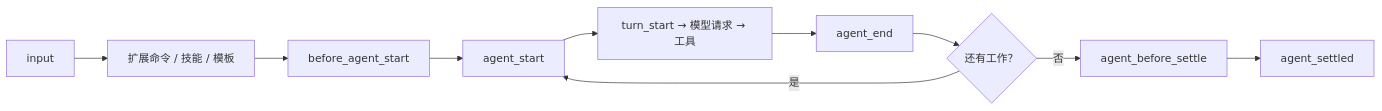
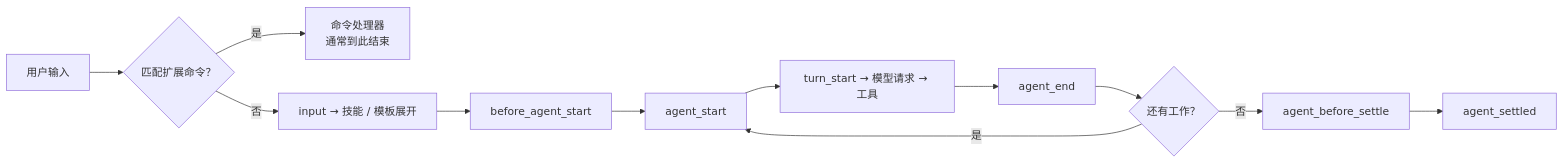
One commit to zhuguang-ZFG/ai-engineering-series changed the diagram in pi/ch14.md. Above: the diagram before and after it, drawn with Mermaid. The commit also changed other lines of this file and 38 other files, not shown here.

````diff
--- a/pi/ch14.md
+++ b/pi/ch14.md
@@ -50,12 +59,14 @@
 ```mermaid
 flowchart LR
-  I["input"] --> C["扩展命令 / 技能 / 模板"]
-  C --> B["before_agent_start"]
+  U["用户输入"] --> C{"匹配扩展命令？"}
+  C -->|是| CMD["命令处理器<br/>通常到此结束"]
+  C -->|否| I["input → 技能 / 模板展开"]
+  I --> B["before_agent_start"]
   B --> S["agent_start"]
   S --> T["turn_start → 模型请求 → 工具"]
   T --> E["agent_end"]
   E --> M{"还有工作？"}
   M -->|是| S
   M -->|否| BS["agent_before_settle"]
   BS --> A["agent_settled"]
 ```
````
